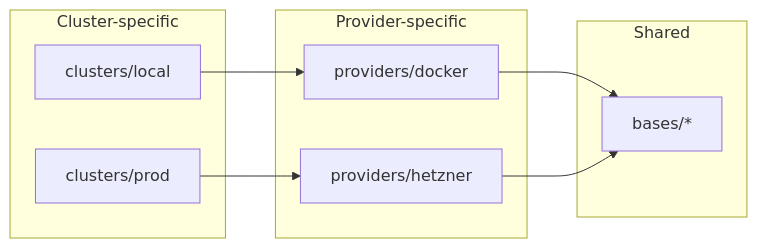
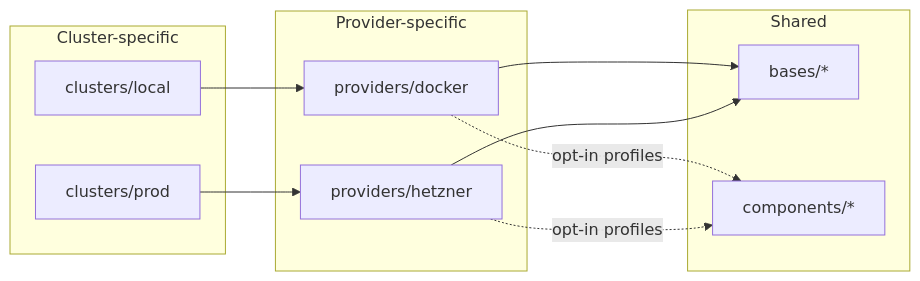
The first of 2 diagrams in docs/ARCHITECTURE.md (devantler-tech/platform-template), drawn with Mermaid before and after one commit. The commit also changed other lines of this file, not shown here.

First line of the commit message:
docs: document shared opt-in components in the architecture guide

````diff
--- a/docs/ARCHITECTURE.md
+++ b/docs/ARCHITECTURE.md
@@ -109,18 +114,21 @@
 ```mermaid
 graph LR
   subgraph "Cluster-specific"
     local["clusters/local"]
     prod["clusters/prod"]
   end
   subgraph "Provider-specific"
     docker["providers/docker"]
     hetzner["providers/hetzner"]
   end
   subgraph "Shared"
     bases["bases/*"]
+    components["components/*"]
   end
   local --> docker
   prod --> hetzner
   docker --> bases
   hetzner --> bases
+  docker -.->|opt-in profiles| components
+  hetzner -.->|opt-in profiles| components
 ```
````
